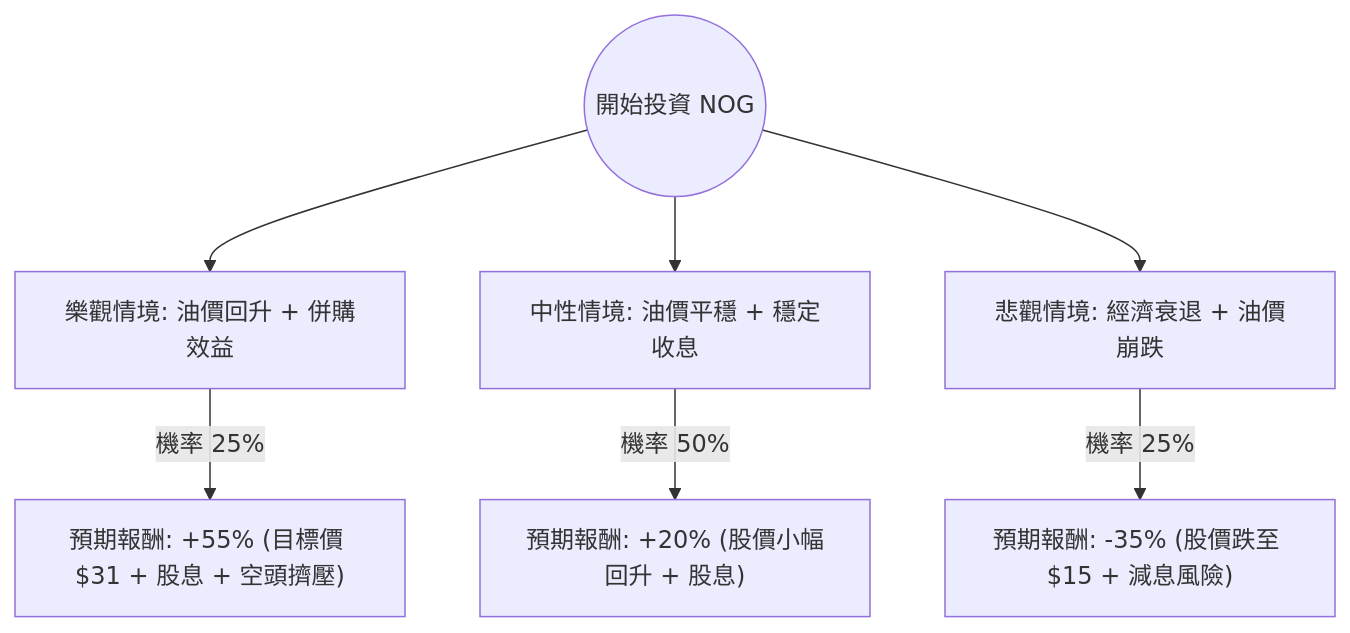
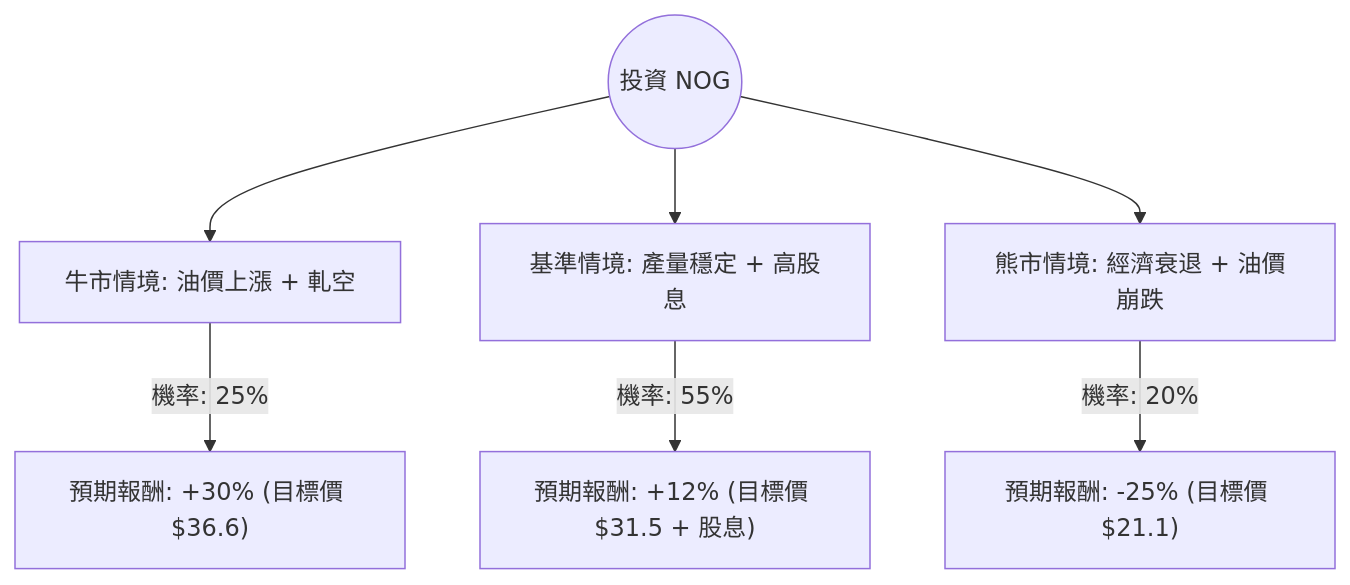
One commit to zmcx16/zmcx16.github.io changed the diagram in plugin-react/ai-analysis/ev-analysis/NOG.md. Above: the diagram before and after it, drawn with Mermaid. The commit also changed other lines of this file and 76 other files, not shown here.

````diff
--- a/plugin-react/ai-analysis/ev-analysis/NOG.md
+++ b/plugin-react/ai-analysis/ev-analysis/NOG.md
@@ -22,10 +20,10 @@
 ```mermaid
 graph TD
-    Start((開始投資 NOG)) --> Bull[樂觀情境: 油價回升 + 併購效益]
-    Start --> Base[中性情境: 油價平穩 + 穩定收息]
-    Start --> Bear[悲觀情境: 經濟衰退 + 油價崩跌]
+    Start((投資 NOG)) --> Bull[牛市情境: 油價上漲 + 軋空]
+    Start --> Base[基準情境: 產量穩定 + 高股息]
+    Start --> Bear[熊市情境: 經濟衰退 + 油價崩跌]
 
-    Bull -- "機率 25%" --> BullVal["預期報酬: +55% (目標價 $31 + 股息 + 空頭擠壓)"]
-    Base -- "機率 50%" --> BaseVal["預期報酬: +20% (股價小幅回升 + 股息)"]
-    Bear -- "機率 25%" --> BearVal["預期報酬: -35% (股價跌至 $15 + 減息風險)"]
+    Bull -- "機率: 25%" --> BullResult["預期報酬: +30% (目標價 $36.6)"]
+    Base -- "機率: 55%" --> BaseResult["預期報酬: +12% (目標價 $31.5 + 股息)"]
+    Bear -- "機率: 20%" --> BearResult["預期報酬: -25% (目標價 $21.1)"]
 ```
````
